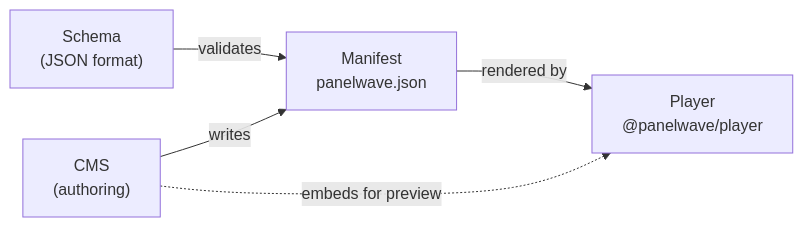
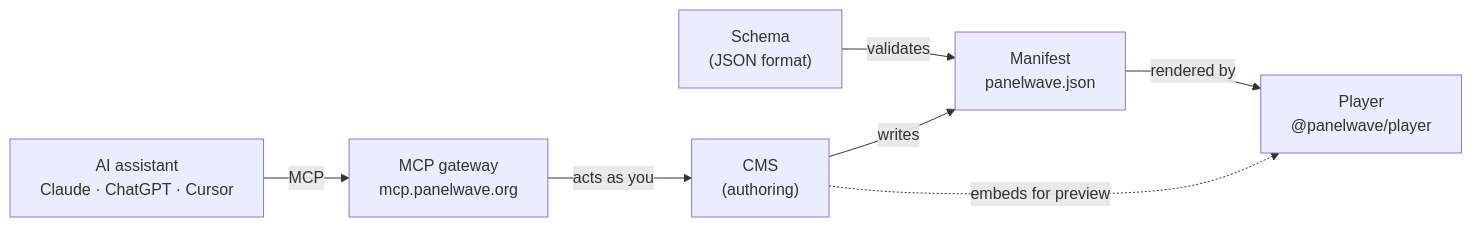
The diagram in introduction.mdx (peoplegraphics/documentationai-Docs), drawn with Mermaid before and after one commit. The commit also changed other lines of this file and 8 other files, not shown here.

Commit message:
docs: MCP gateway changelog entry; AI assistants on the introduction, architecture, quickstart, CMS overview and Help Center; beta and bridge release notes

````diff
--- a/introduction.mdx
+++ b/introduction.mdx
@@ -20,7 +20,9 @@
 ```mermaid
 graph LR
+    A["AI assistant<br/>Claude · ChatGPT · Cursor"] -->|MCP| G["MCP gateway<br/>mcp.panelwave.org"]
+    G -->|acts as you| C["CMS<br/>(authoring)"]
     S["Schema<br/>(JSON format)"] -->|validates| M["Manifest<br/>panelwave.json"]
-    C["CMS<br/>(authoring)"] -->|writes| M
+    C -->|writes| M
     M -->|rendered by| P["Player<br/>@panelwave/player"]
     C -.->|embeds for preview| P
 ```
````
